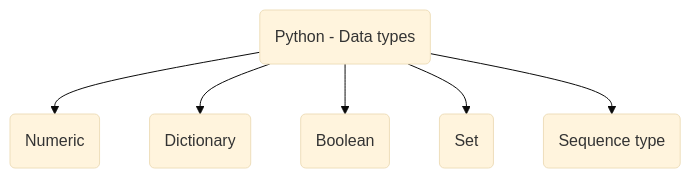
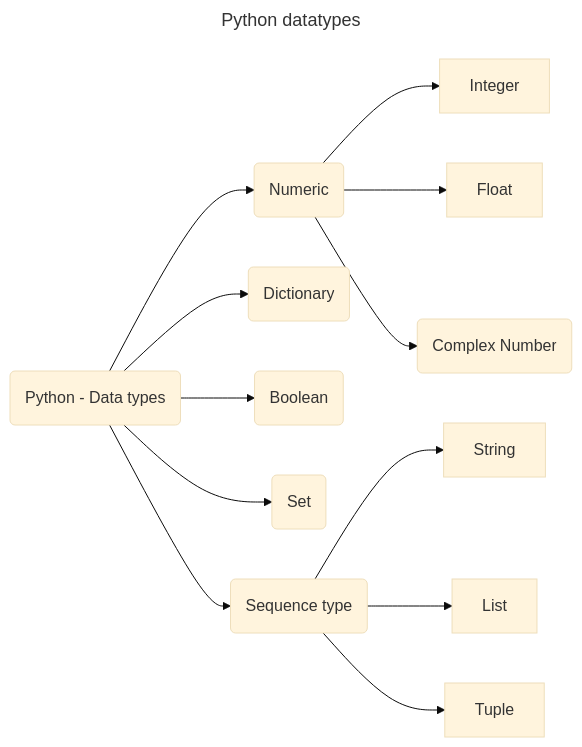
The diagram in Python/datatypes/datatypes.md (DarvidTorres/mydocs), drawn with Mermaid (base theme) before and after one commit. The commit also changed other lines of this file and 3 other files, not shown here.

````diff
--- a/Python/datatypes/datatypes.md
+++ b/Python/datatypes/datatypes.md
@@ -1,10 +1,18 @@
 ```mermaid
-flowchart TD
+---
+title: Python datatypes
+---
+flowchart LR
 A(Python - Data types)
 A --> B(Numeric)
+	B --> Integer
+	B --> Float
+	B --> Z(Complex Number)
 A --> C(Dictionary)
 A --> D(Boolean)
 A --> E(Set)
 A --> F(Sequence type)
-
+F --> String
+F --> List
+F --> Tuple
 ```
````
